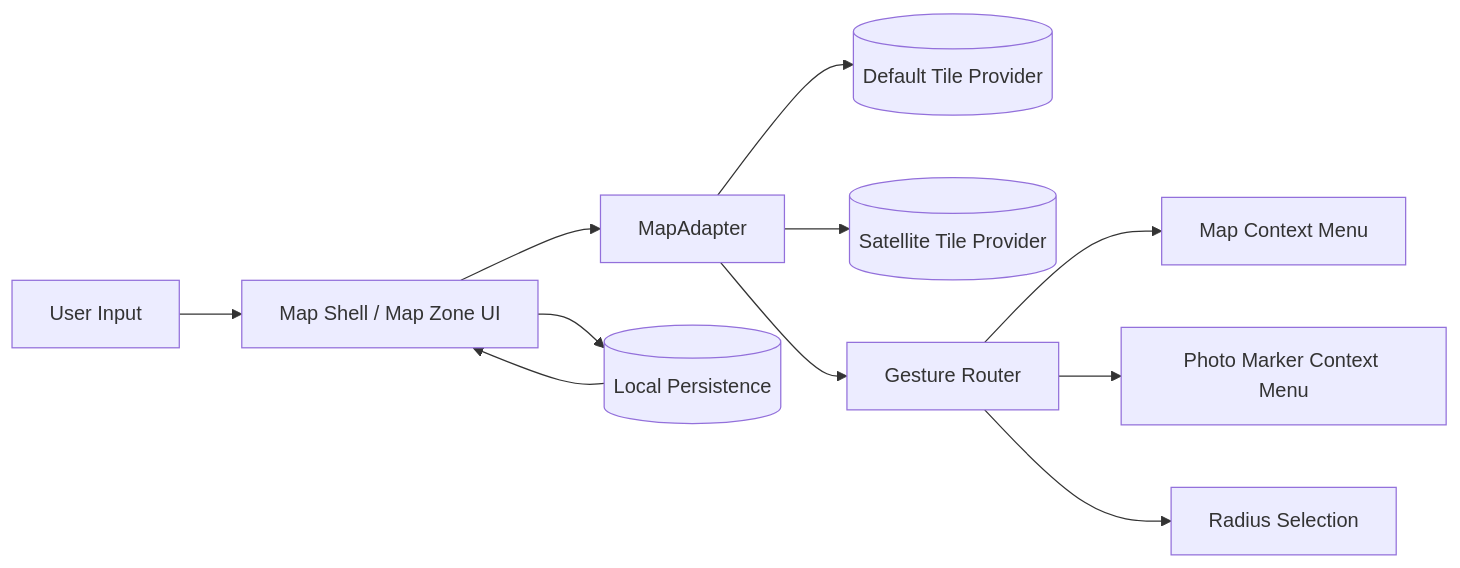
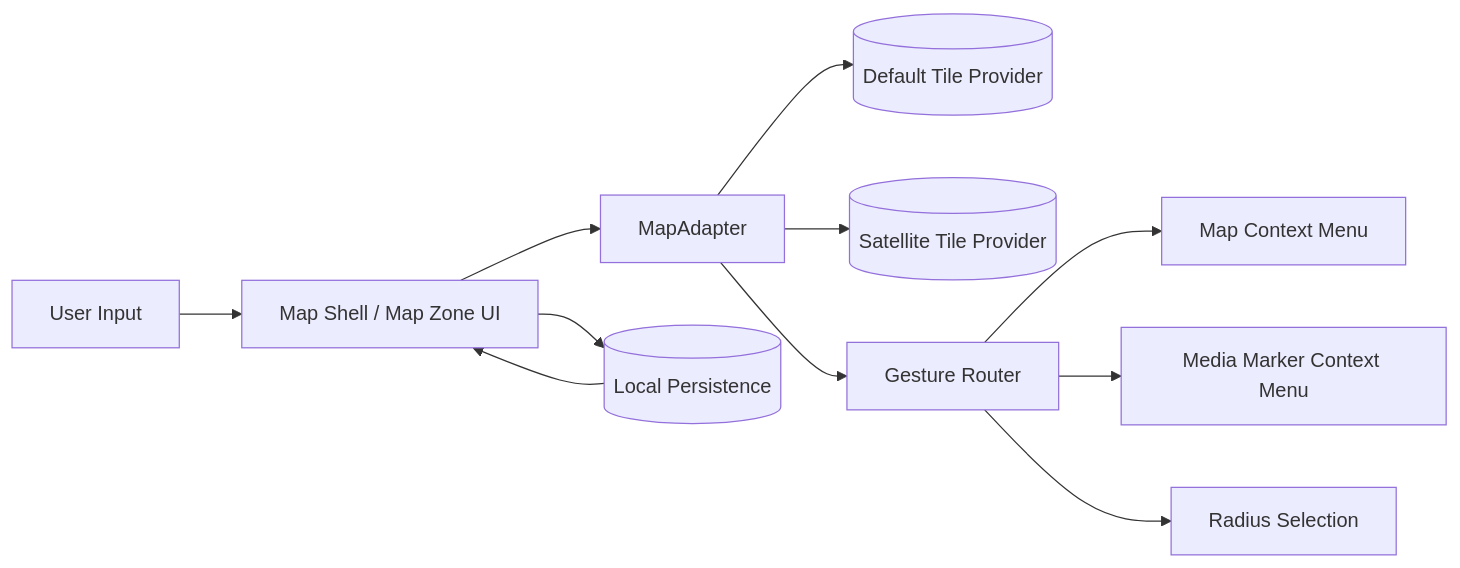
One commit to matkleve/feldpost changed the first of 2 diagrams in docs/specs/component/map-zone.md. Above: the diagram before and after it, drawn with Mermaid. The commit also changed 10 other files, not shown here.

Commit message:
feat: update documentation to replace 'photo' with 'media' terminology across various specs

````diff
--- a/docs/specs/component/map-zone.md
+++ b/docs/specs/component/map-zone.md
@@ -47,13 +47,13 @@
 ```mermaid
 flowchart LR
   U[User Input] --> UI[Map Shell / Map Zone UI]
   UI --> MA[MapAdapter]
   MA --> TP1[(Default Tile Provider)]
   MA --> TP2[(Satellite Tile Provider)]
   MA --> GR[Gesture Router]
   GR --> MCM[Map Context Menu]
-  GR --> PMCM[Photo Marker Context Menu]
+  GR --> PMCM[Media Marker Context Menu]
   GR --> RS[Radius Selection]
   UI --> LS[(Local Persistence)]
   LS --> UI
 ```
````
